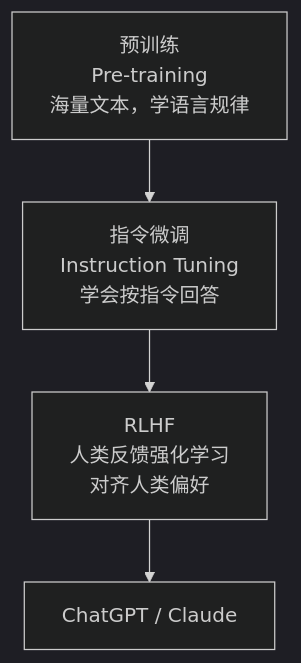
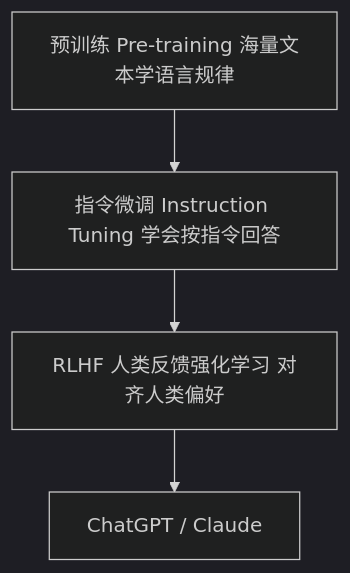
The seventh of 9 diagrams in docs/ai-fundamentals/index.md (ildream/learnAI), drawn with Mermaid (dark theme) before and after one commit. The commit also changed other lines of this file and 2 other files, not shown here.

Commit message:
fix: remove all \n from mermaid diagrams

````diff
--- a/docs/ai-fundamentals/index.md
+++ b/docs/ai-fundamentals/index.md
@@ -203,6 +203,6 @@
 ```mermaid
 graph TD
-    A[预训练\nPre-training\n海量文本，学语言规律] --> B[指令微调\nInstruction Tuning\n学会按指令回答]
-    B --> C[RLHF\n人类反馈强化学习\n对齐人类偏好]
+    A[预训练 Pre-training 海量文本学语言规律] --> B[指令微调 Instruction Tuning 学会按指令回答]
+    B --> C[RLHF 人类反馈强化学习 对齐人类偏好]
     C --> D[ChatGPT / Claude]
 ```
````
